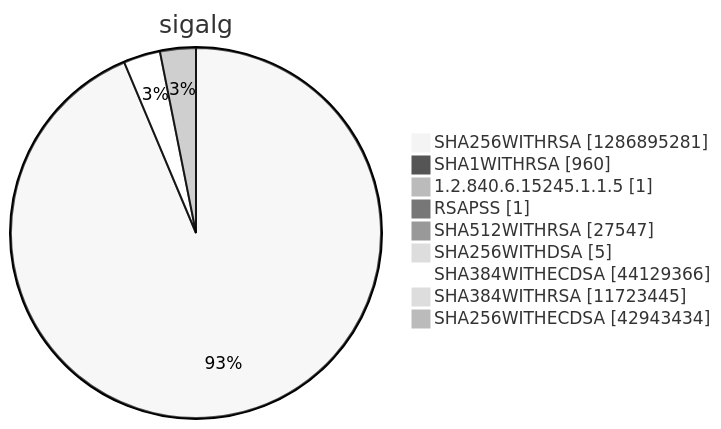
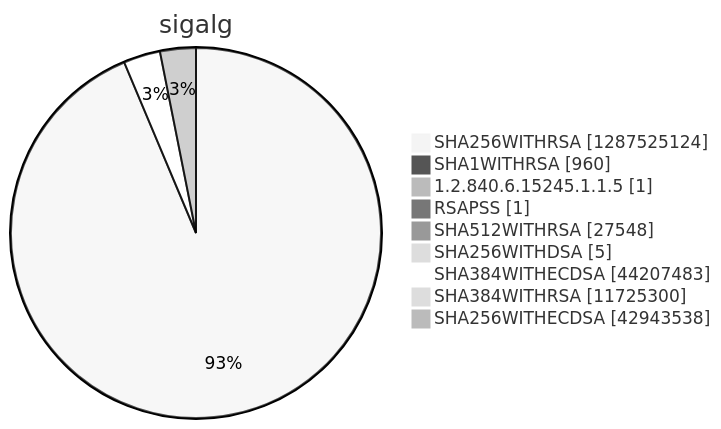
Before and after one commit to christiankrug/ctmonitor_visualization: diagram 15 of 15 in argon2022/README.md, drawn with Mermaid (neutral theme). The commit also changed other lines of this file, not shown here.

````diff
--- a/argon2022/README.md
+++ b/argon2022/README.md
@@ -5523,13 +5523,13 @@
 ```mermaid
 pie showData
 title sigalg
-"SHA256WITHRSA" :1286895281
+"SHA256WITHRSA" :1287525124
 "SHA1WITHRSA" :960
 "1.2.840.6.15245.1.1.5" :1
 "RSAPSS" :1
-"SHA512WITHRSA" :27547
+"SHA512WITHRSA" :27548
 "SHA256WITHDSA" :5
-"SHA384WITHECDSA" :44129366
-"SHA384WITHRSA" :11723445
-"SHA256WITHECDSA" :42943434
+"SHA384WITHECDSA" :44207483
+"SHA384WITHRSA" :11725300
+"SHA256WITHECDSA" :42943538
 ```
````
